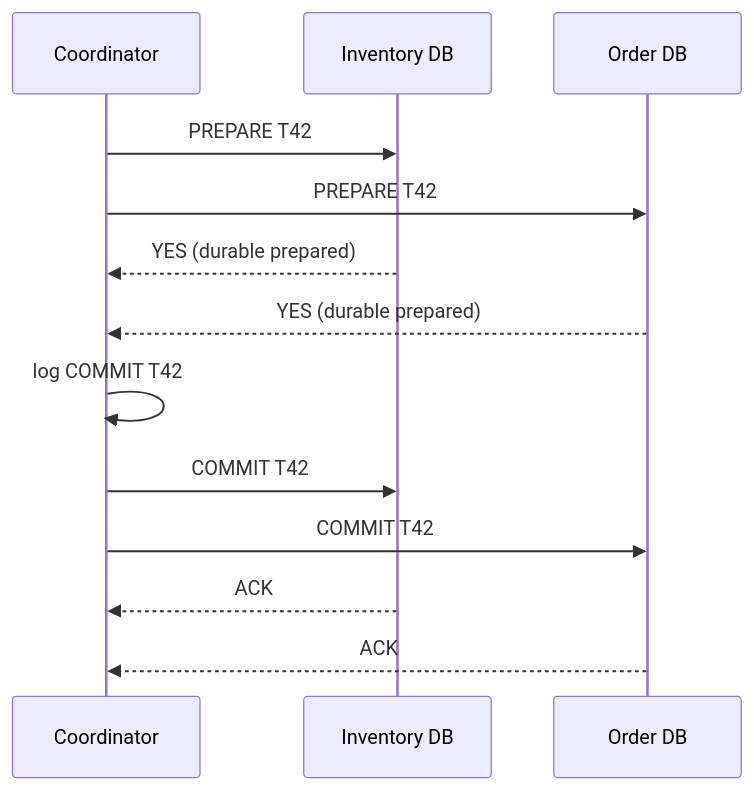
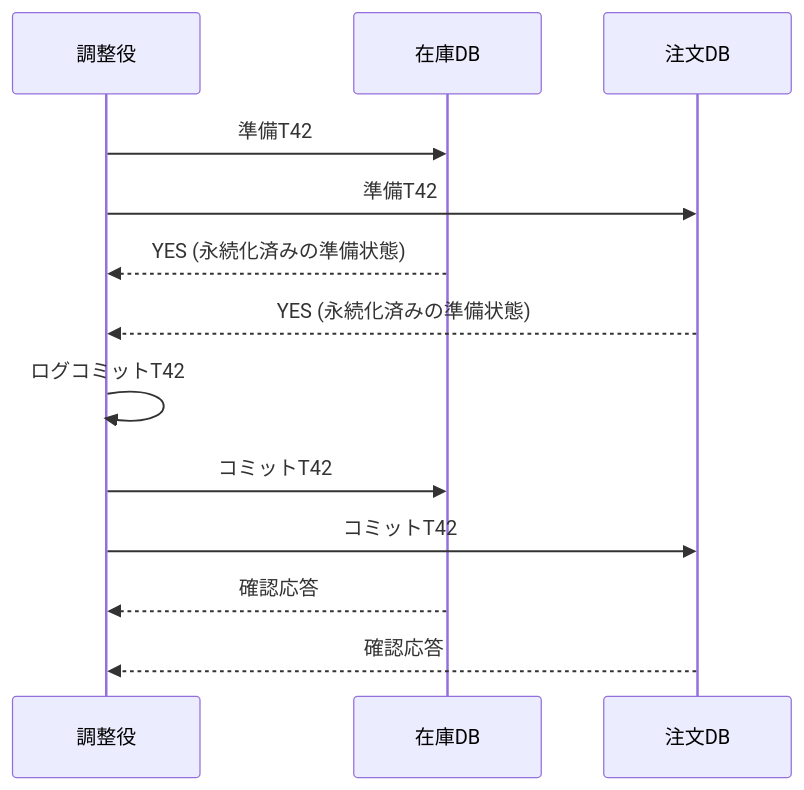
Before and after one commit to hirunebot/database-systems-book: the second of 7 diagrams in src/content/docs/05-distributed-db/16-distributed-transactions.md, drawn with Mermaid. The commit also changed other lines of this file and 42 other files, not shown here.

````diff
--- a/src/content/docs/05-distributed-db/16-distributed-transactions.md
+++ b/src/content/docs/05-distributed-db/16-distributed-transactions.md
@@ -102,15 +102,15 @@
 ```mermaid
 sequenceDiagram
-    participant C as Coordinator
-    participant I as Inventory DB
-    participant O as Order DB
-    C->>I: PREPARE T42
-    C->>O: PREPARE T42
-    I-->>C: YES (durable prepared)
-    O-->>C: YES (durable prepared)
-    C->>C: log COMMIT T42
-    C->>I: COMMIT T42
-    C->>O: COMMIT T42
-    I-->>C: ACK
-    O-->>C: ACK
+    participant C as 調整役
+    participant I as 在庫DB
+    participant O as 注文DB
+    C->>I: 準備T42
+    C->>O: 準備T42
+    I-->>C: YES (永続化済みの準備状態)
+    O-->>C: YES (永続化済みの準備状態)
+    C->>C: ログコミットT42
+    C->>I: コミットT42
+    C->>O: コミットT42
+    I-->>C: 確認応答
+    O-->>C: 確認応答
 ```
````
